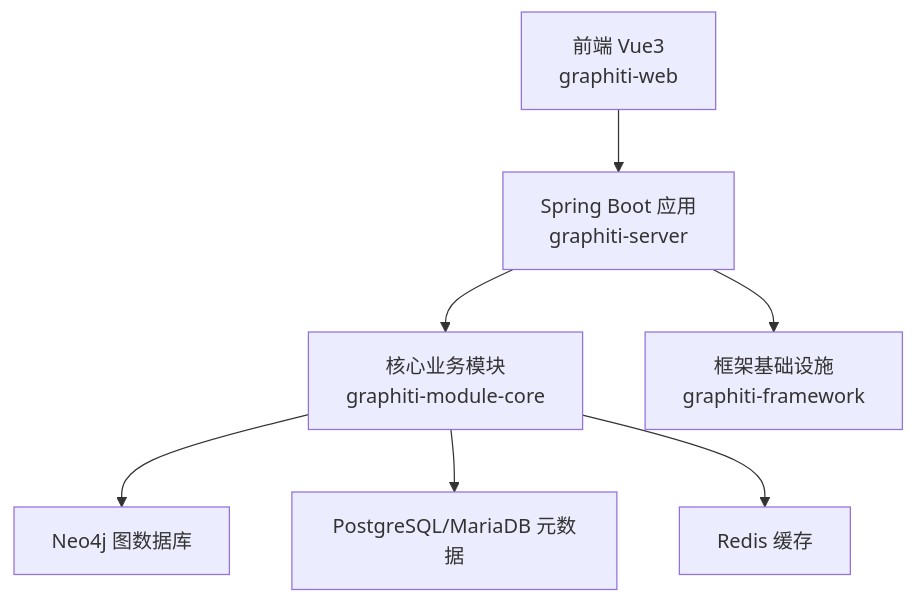
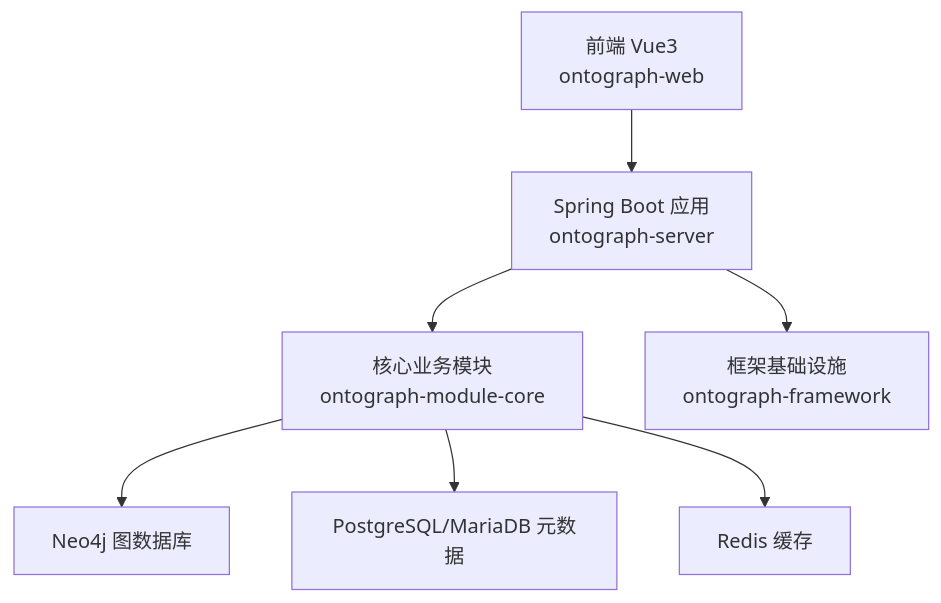
The first of 9 diagrams in docs/manual/最佳实践/性能优化实践.md (joezxh/graphiti-java), drawn with Mermaid before and after one commit. The commit also changed other lines of this file and 200 other files, not shown here.

````diff
--- a/docs/manual/最佳实践/性能优化实践.md
+++ b/docs/manual/最佳实践/性能优化实践.md
@@ -39,9 +39,9 @@
 ```mermaid
 graph TB
-FE["前端 Vue3<br/>graphiti-web"] --> BE["Spring Boot 应用<br/>graphiti-server"]
-BE --> CORE["核心业务模块<br/>graphiti-module-core"]
-BE --> FRAME["框架基础设施<br/>graphiti-framework"]
+FE["前端 Vue3<br/>ontograph-web"] --> BE["Spring Boot 应用<br/>ontograph-server"]
+BE --> CORE["核心业务模块<br/>ontograph-module-core"]
+BE --> FRAME["框架基础设施<br/>ontograph-framework"]
 CORE --> NEO4J["Neo4j 图数据库"]
 CORE --> META["PostgreSQL/MariaDB 元数据"]
 CORE --> CACHE["Redis 缓存"]
 ```
````
